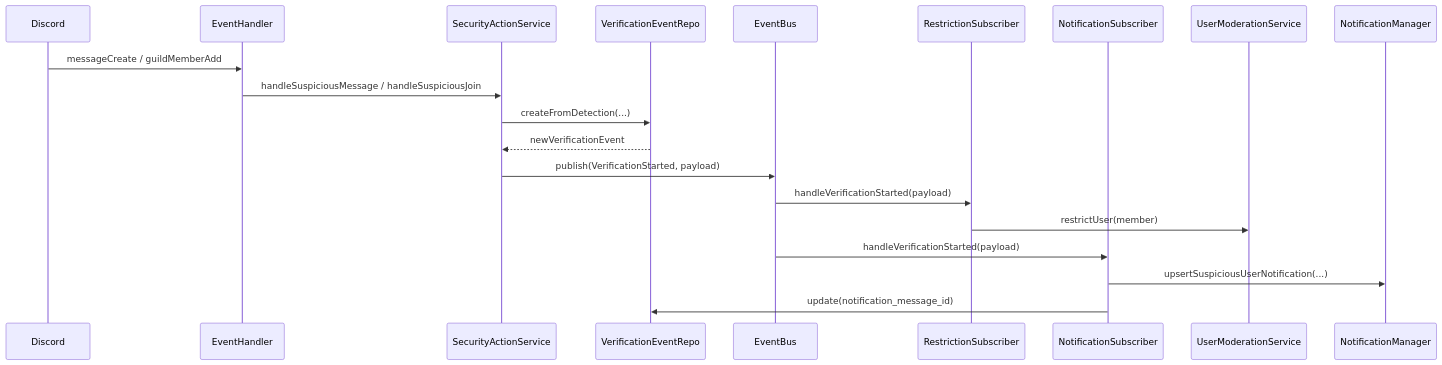
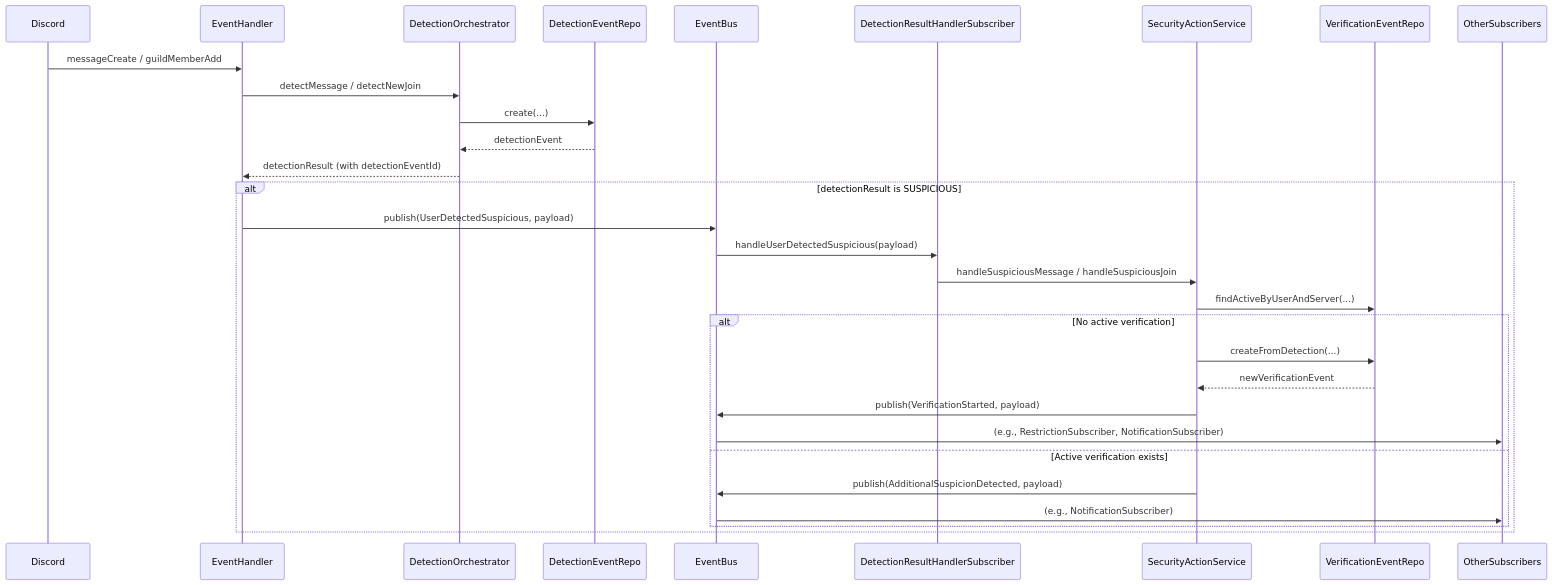
One commit to BASIC-BIT/drasil changed the first of 2 diagrams in memory-bank/systemPatterns.md. Above: the diagram before and after it, drawn with Mermaid. The commit also changed other lines of this file and 22 other files, not shown here.

Commit message:
Refactor detection and moderation flows to use event-driven architecture

````diff
--- a/memory-bank/systemPatterns.md
+++ b/memory-bank/systemPatterns.md
@@ -302,23 +292,34 @@
 ```mermaid
 sequenceDiagram
     participant Discord
     participant EventHandler
+    participant DetectionOrchestrator
+    participant DetectionEventRepo
+    participant EventBus
+    participant DetectionResultHandlerSubscriber
     participant SecurityActionService
     participant VerificationEventRepo
-    participant EventBus
-    participant RestrictionSubscriber
-    participant NotificationSubscriber
-    participant UserModerationService
-    participant NotificationManager
+    participant OtherSubscribers
 
     Discord->>EventHandler: messageCreate / guildMemberAdd
-    EventHandler->>SecurityActionService: handleSuspiciousMessage / handleSuspiciousJoin
-    SecurityActionService->>VerificationEventRepo: createFromDetection(...)
-    VerificationEventRepo-->>SecurityActionService: newVerificationEvent
-    SecurityActionService->>EventBus: publish(VerificationStarted, payload)
-    EventBus->>RestrictionSubscriber: handleVerificationStarted(payload)
-    RestrictionSubscriber->>UserModerationService: restrictUser(member)
-    EventBus->>NotificationSubscriber: handleVerificationStarted(payload)
-    NotificationSubscriber->>NotificationManager: upsertSuspiciousUserNotification(...)
-    NotificationSubscriber->>VerificationEventRepo: update(notification_message_id)
+    EventHandler->>DetectionOrchestrator: detectMessage / detectNewJoin
+    DetectionOrchestrator->>DetectionEventRepo: create(...)
+    DetectionEventRepo-->>DetectionOrchestrator: detectionEvent
+    DetectionOrchestrator-->>EventHandler: detectionResult (with detectionEventId)
+    alt detectionResult is SUSPICIOUS
+        EventHandler->>EventBus: publish(UserDetectedSuspicious, payload)
+        EventBus->>DetectionResultHandlerSubscriber: handleUserDetectedSuspicious(payload)
+        DetectionResultHandlerSubscriber->>SecurityActionService: handleSuspiciousMessage / handleSuspiciousJoin
+        SecurityActionService->>VerificationEventRepo: findActiveByUserAndServer(...)
+        alt No active verification
+            SecurityActionService->>VerificationEventRepo: createFromDetection(...)
+            VerificationEventRepo-->>SecurityActionService: newVerificationEvent
+            SecurityActionService->>EventBus: publish(VerificationStarted, payload)
+            EventBus->>OtherSubscribers: (e.g., RestrictionSubscriber, NotificationSubscriber)
+        else Active verification exists
+            SecurityActionService->>EventBus: publish(AdditionalSuspicionDetected, payload)
+            EventBus->>OtherSubscribers: (e.g., NotificationSubscriber)
+        end
+    end
+
 ```
````
